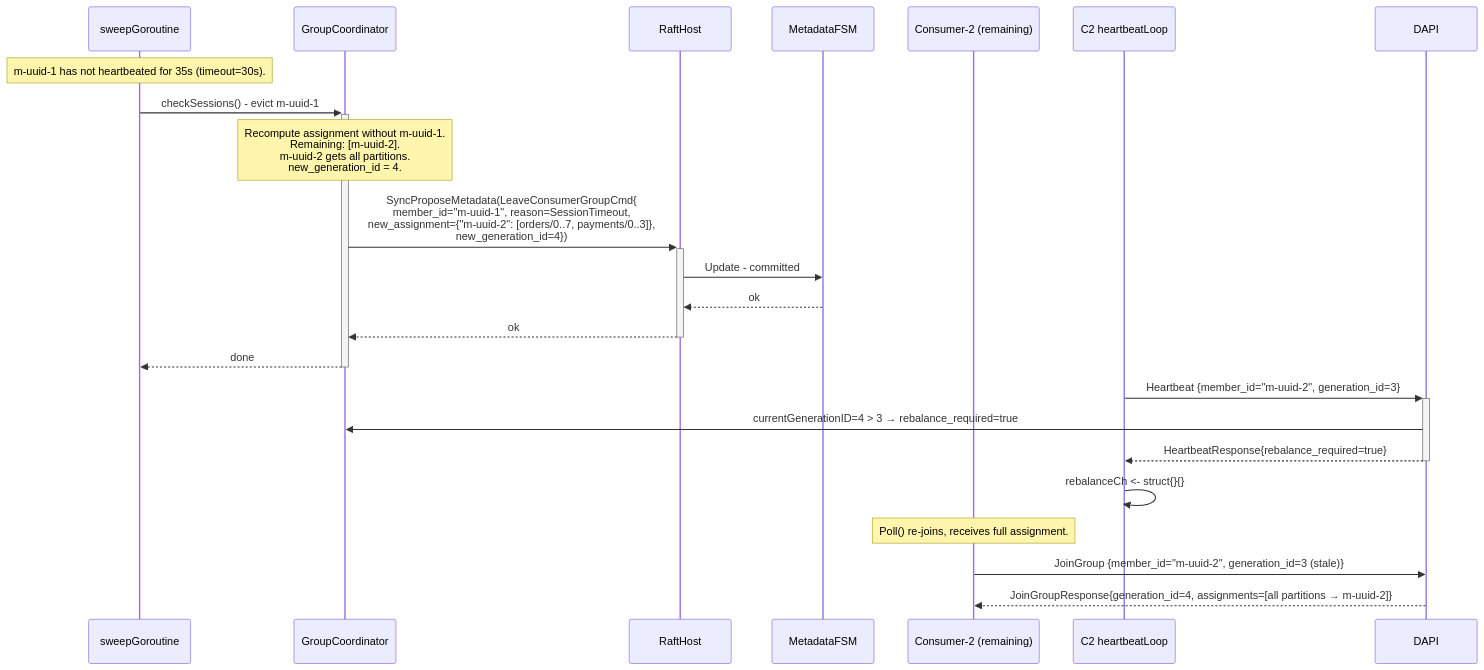
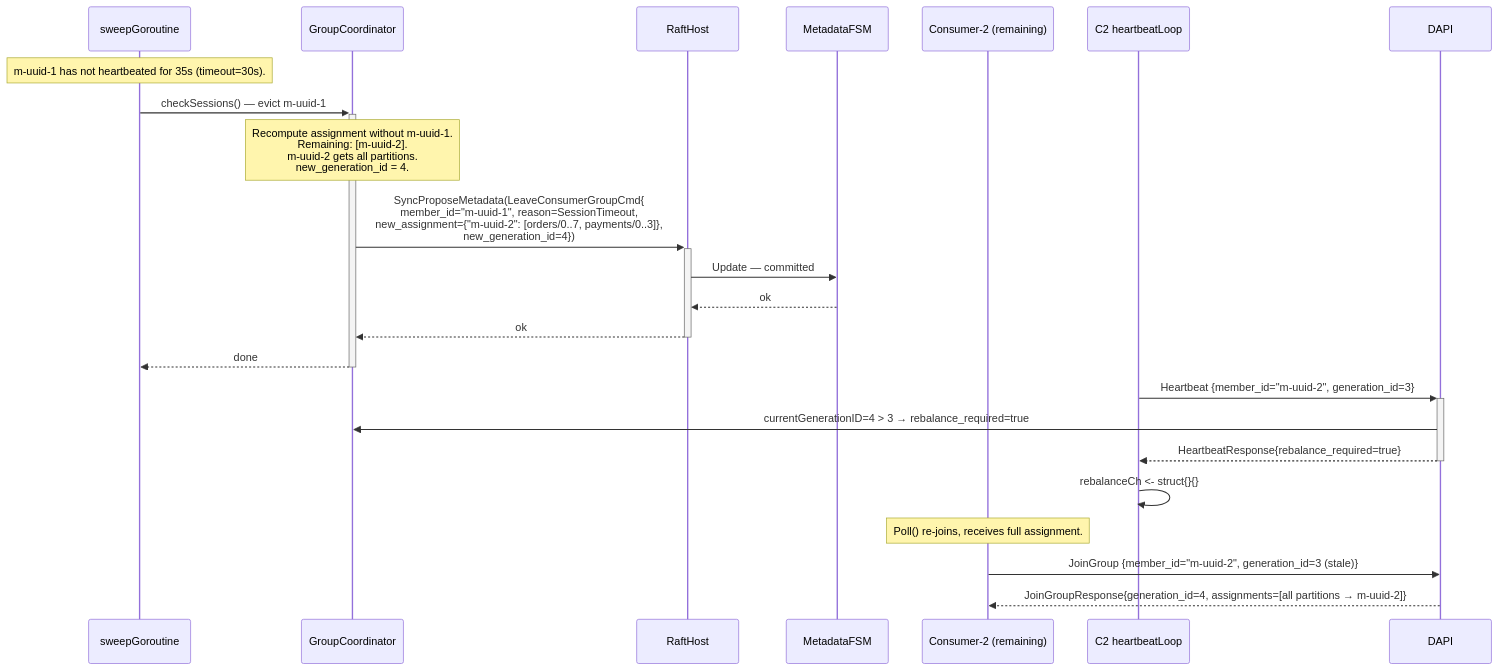
Before and after one commit to bunnymq/bunnymq: the second of 3 diagrams in docs/design/sequence/group-rebalance.md, drawn with Mermaid. The commit also changed other lines of this file and 86 other files, not shown here.

````diff
--- a/docs/design/sequence/group-rebalance.md
+++ b/docs/design/sequence/group-rebalance.md
@@ -72,31 +72,31 @@
 ```mermaid
 sequenceDiagram
     participant Sweep as sweepGoroutine
     participant GC as GroupCoordinator
     participant RH as RaftHost
     participant MFSM as MetadataFSM
     participant C2 as Consumer-2 (remaining)
     participant HB2 as C2 heartbeatLoop
 
     Note over Sweep: m-uuid-1 has not heartbeated for 35s (timeout=30s).
 
-    Sweep->>+GC: checkSessions() - evict m-uuid-1
+    Sweep->>+GC: checkSessions() — evict m-uuid-1
 
     Note over GC: Recompute assignment without m-uuid-1.<br/>Remaining: [m-uuid-2].<br/>m-uuid-2 gets all partitions.<br/>new_generation_id = 4.
 
     GC->>+RH: SyncProposeMetadata(LeaveConsumerGroupCmd{<br/>member_id="m-uuid-1", reason=SessionTimeout,<br/>new_assignment={"m-uuid-2": [orders/0..7, payments/0..3]},<br/>new_generation_id=4})
-    RH->>MFSM: Update - committed
+    RH->>MFSM: Update — committed
     MFSM-->>RH: ok
     RH-->>-GC: ok
     GC-->>-Sweep: done
 
     HB2->>+DAPI: Heartbeat {member_id="m-uuid-2", generation_id=3}
     DAPI->>GC: currentGenerationID=4 > 3 → rebalance_required=true
     DAPI-->>-HB2: HeartbeatResponse{rebalance_required=true}
 
     HB2->>HB2: rebalanceCh <- struct{}{}
 
     Note over C2: Poll() re-joins, receives full assignment.
     C2->>DAPI: JoinGroup {member_id="m-uuid-2", generation_id=3 (stale)}
     DAPI-->>C2: JoinGroupResponse{generation_id=4, assignments=[all partitions → m-uuid-2]}
 ```
````
